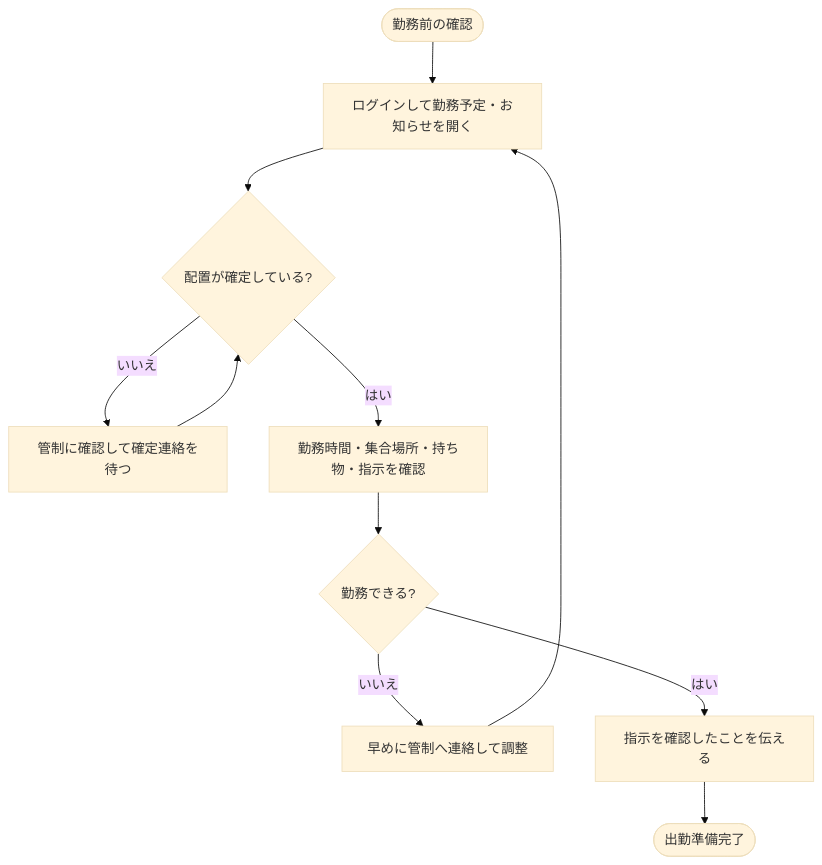
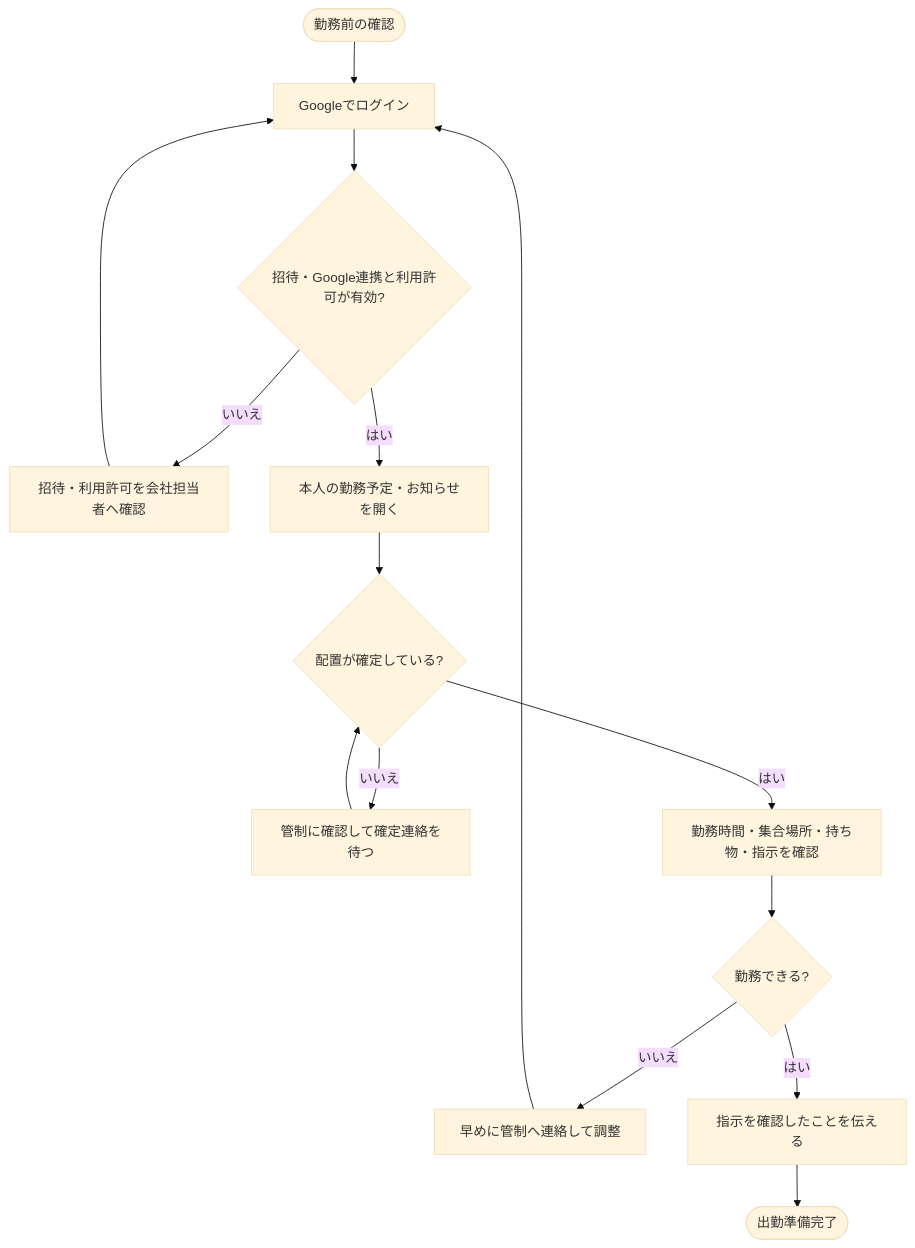
The first of 8 diagrams in docs/workflows/guard-workflows.md (TYoichiro/keibi-system), drawn with Mermaid (base theme) before and after one commit. The commit also changed other lines of this file and 63 other files, not shown here.

````diff
--- a/docs/workflows/guard-workflows.md
+++ b/docs/workflows/guard-workflows.md
@@ -46,13 +56,17 @@
 ```mermaid
 flowchart TD
-    A([勤務前の確認]) --> B[ログインして勤務予定・お知らせを開く]
-    B --> C{配置が確定している?}
+    A([勤務前の確認]) --> B[Googleでログイン]
+    B --> J{招待・Google連携と利用許可が有効?}
+    J -- いいえ --> K[招待・利用許可を会社担当者へ確認]
+    K --> B
+    J -- はい --> L[本人の勤務予定・お知らせを開く]
+    L --> C{配置が確定している?}
     C -- いいえ --> D[管制に確認して確定連絡を待つ]
     D --> C
     C -- はい --> E[勤務時間・集合場所・持ち物・指示を確認]
     E --> F{勤務できる?}
     F -- いいえ --> G[早めに管制へ連絡して調整]
     G --> B
     F -- はい --> H[指示を確認したことを伝える]
     H --> I([出勤準備完了])
 ```
````
